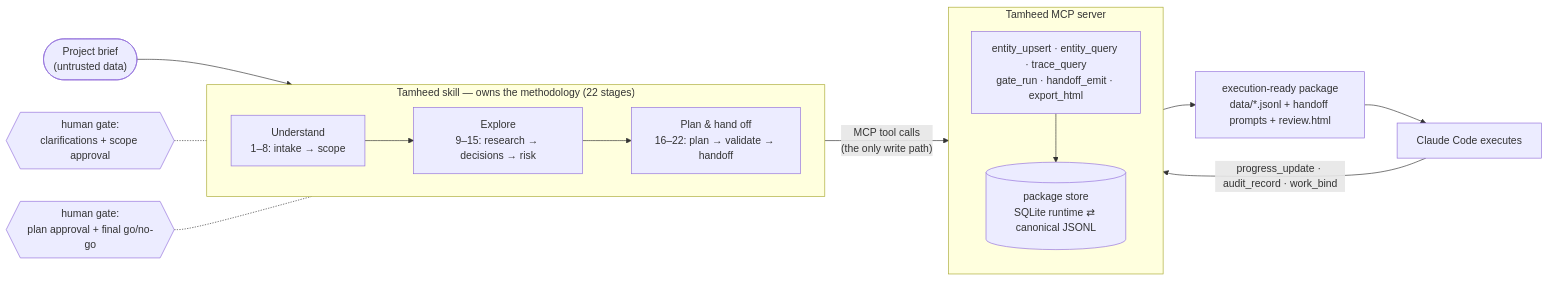
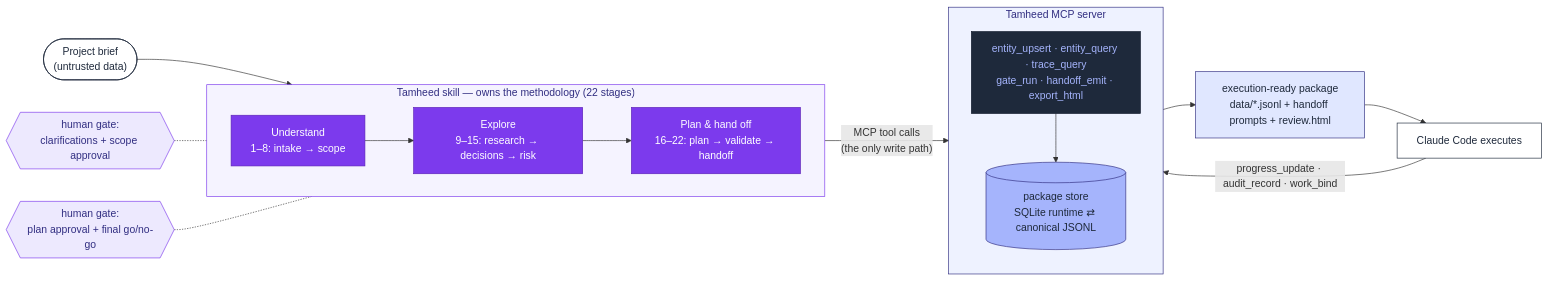
One commit to A-H-911/tamheed changed the diagram in README.md. Above: the diagram before and after it, drawn with Mermaid.

Commit message:
docs: style the README Mermaid flow in the brand color language
Violet stage chips, light-violet human gates, white cards for brief/executor,
slate terminal node with lavender text, lavender store cylinder, indigo-tinted
subgraph backgrounds — matching logo.svg and the overview infographic palette.

Claude-Session: https://claude.ai/code/session_01BmiNHZJw8cVU8dostN6yHZ

````diff
--- a/README.md
+++ b/README.md
@@ -237,26 +237,41 @@
 ```mermaid
 flowchart LR
     brief(["Project brief<br/>(untrusted data)"]) --> U
 
     subgraph SKILL["Tamheed skill — owns the methodology (22 stages)"]
         direction LR
         U["Understand<br/>1–8: intake → scope"] --> X["Explore<br/>9–15: research → decisions → risk"]
         X --> P["Plan &amp; hand off<br/>16–22: plan → validate → handoff"]
     end
 
     G1{{"human gate:<br/>clarifications + scope approval"}} -.- U
     G2{{"human gate:<br/>plan approval + final go/no-go"}} -.- P
 
     SKILL -- "MCP tool calls<br/>(the only write path)" --> T
 
     subgraph SRV["Tamheed MCP server"]
         direction TB
         T["entity_upsert · entity_query · trace_query<br/>gate_run · handoff_emit · export_html"]
         DB[("package store<br/>SQLite runtime ⇄ canonical JSONL")]
         T --> DB
     end
 
     DB --> OUT["execution-ready package<br/>data/*.jsonl + handoff prompts + review.html"]
     OUT --> EXEC["Claude Code executes"]
     EXEC -- "progress_update · audit_record · work_bind" --> T
+
+    classDef stage fill:#7c3aed,stroke:#5b21b6,color:#ffffff
+    classDef gate fill:#ede9fe,stroke:#7c3aed,color:#312e81
+    classDef card fill:#ffffff,stroke:#1e293b,color:#1e293b
+    classDef tools fill:#1e293b,stroke:#0f172a,color:#a5b4fc
+    classDef store fill:#a5b4fc,stroke:#312e81,color:#1e293b
+    classDef pkg fill:#e0e7ff,stroke:#312e81,color:#1e293b
+    class U,X,P stage
+    class G1,G2 gate
+    class brief,EXEC card
+    class T tools
+    class DB store
+    class OUT pkg
+    style SKILL fill:#f5f3ff,stroke:#7c3aed,color:#312e81
+    style SRV fill:#eef2ff,stroke:#312e81,color:#312e81
 ```
````
